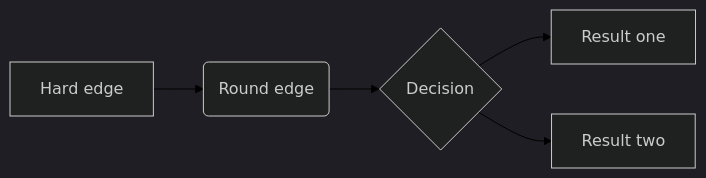
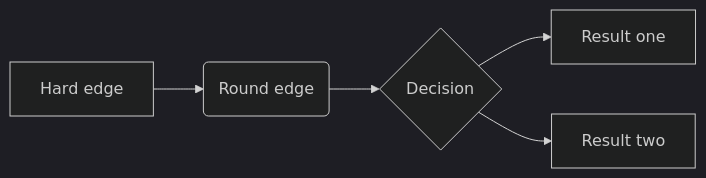
Before and after one commit to finnoh/RWDS_post_template: the diagram in report.qmd, drawn with Mermaid (dark theme). The commit also changed other lines of this file and 2 other files, not shown here.

````diff
--- a/report.qmd
+++ b/report.qmd
@@ -228,13 +234,12 @@
 ```{mermaid}
 %%| eval: true
 %%| echo: false
 %%| fig-align: center
 %%| fig-cap: "This is a caption for the diagram."
 %%| label: fig-mermaid
 flowchart LR
   A[Hard edge] --> B(Round edge)
   B --> C{Decision}
   C --> D[Result one]
   C --> E[Result two]
-linkStyle default stroke:black
 ```
````
